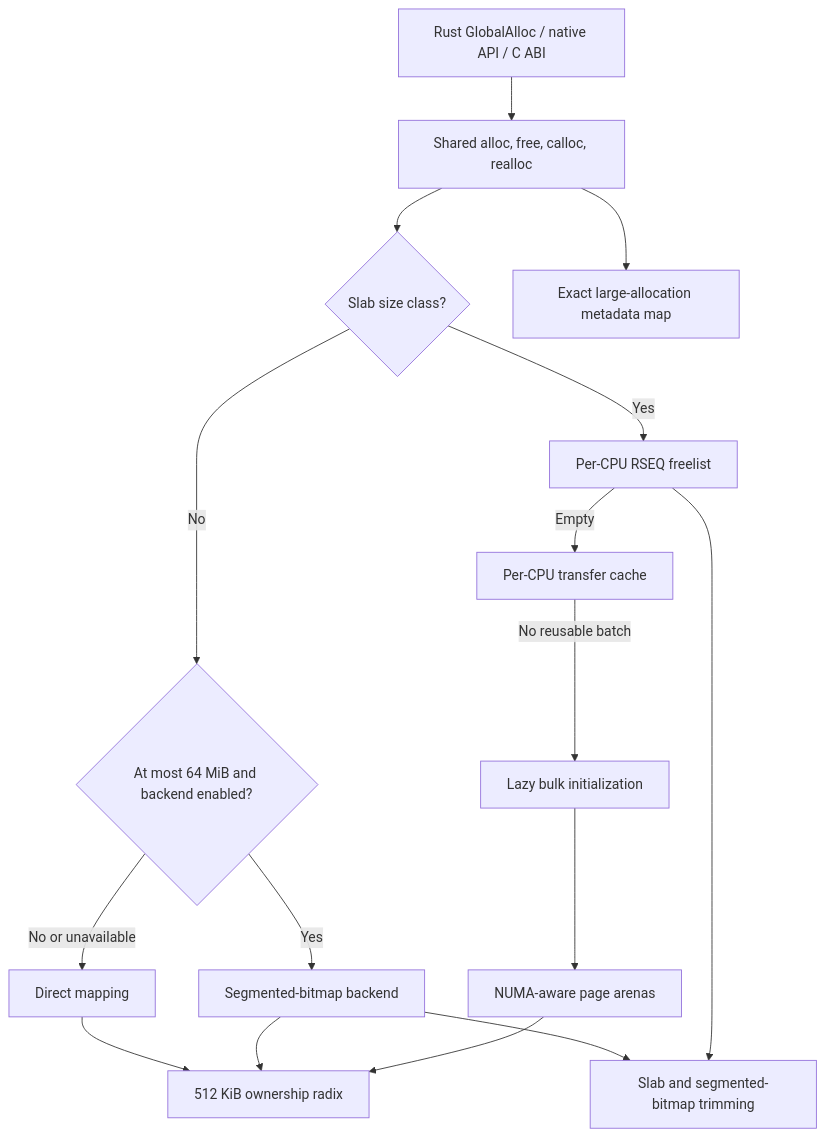
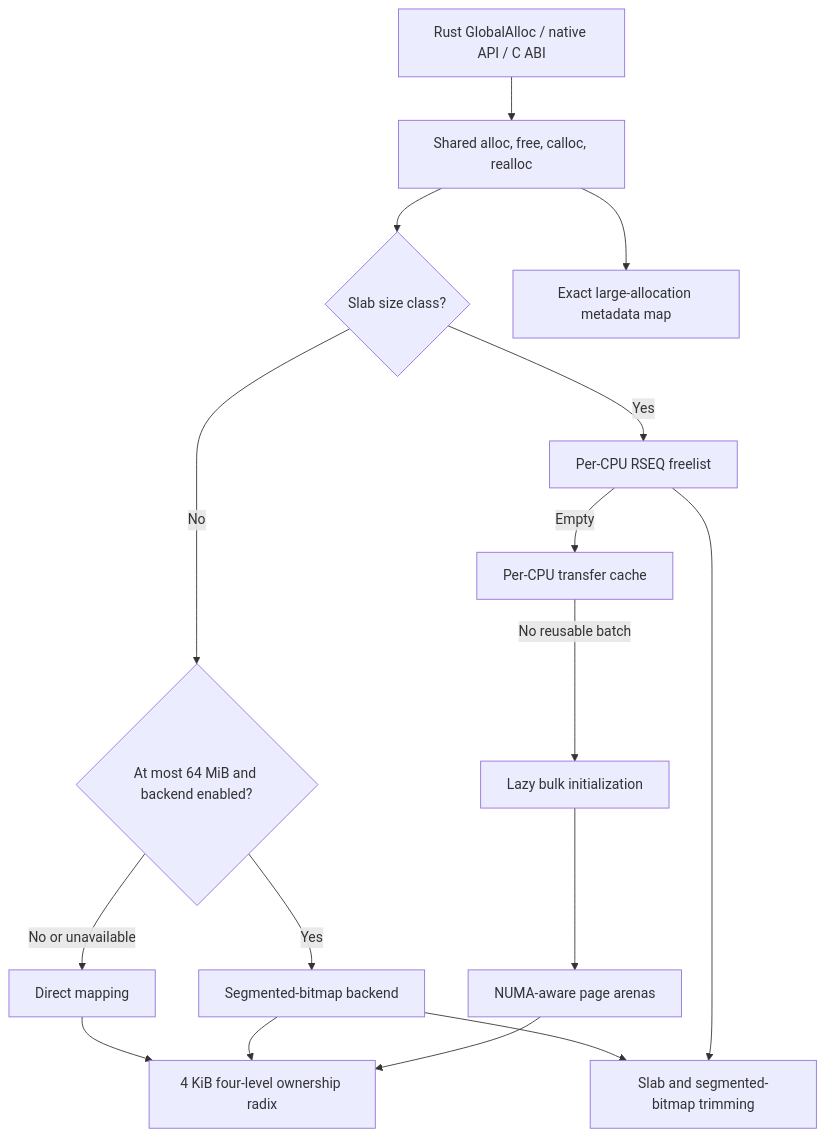
One commit to Metehan120/rsmalloc changed the first of 3 diagrams in ARCHITECTURE.md. Above: the diagram before and after it, drawn with Mermaid. The commit also changed other lines of this file and 4 other files, not shown here.

````diff
--- a/ARCHITECTURE.md
+++ b/ARCHITECTURE.md
@@ -25,23 +25,23 @@
 ```mermaid
 flowchart TD
     API["Rust GlobalAlloc / native API / C ABI"] --> INNER["Shared alloc, free, calloc, realloc"]
 
     INNER --> SIZE{"Slab size class?"}
 
     SIZE -- Yes --> LOCAL["Per-CPU RSEQ freelist"]
     LOCAL -- Empty --> TRANSFER["Per-CPU transfer cache"]
     TRANSFER -- No reusable batch --> BULK["Lazy bulk initialization"]
     BULK --> PAGE["NUMA-aware page arenas"]
 
     SIZE -- No --> LARGE{"At most 64 MiB and backend enabled?"}
     LARGE -- Yes --> SEGMENTED["Segmented-bitmap backend"]
     LARGE -- No or unavailable --> MMAP["Direct mapping"]
 
-    PAGE --> RADIX["512 KiB ownership radix"]
+    PAGE --> RADIX["4 KiB four-level ownership radix"]
     SEGMENTED --> RADIX
     MMAP --> RADIX
 
     INNER --> BIGMAP["Exact large-allocation metadata map"]
     LOCAL --> TRIM["Slab and segmented-bitmap trimming"]
     SEGMENTED --> TRIM
 ```
````
